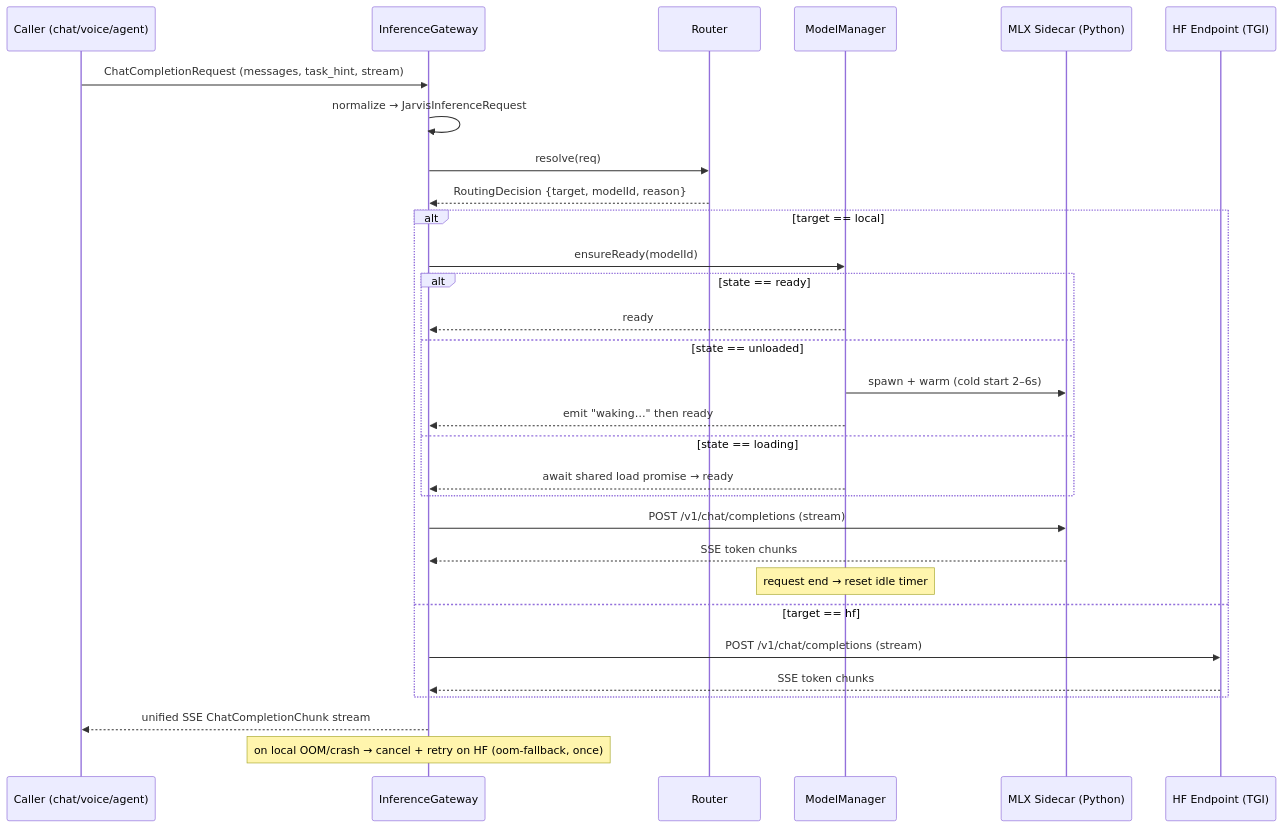
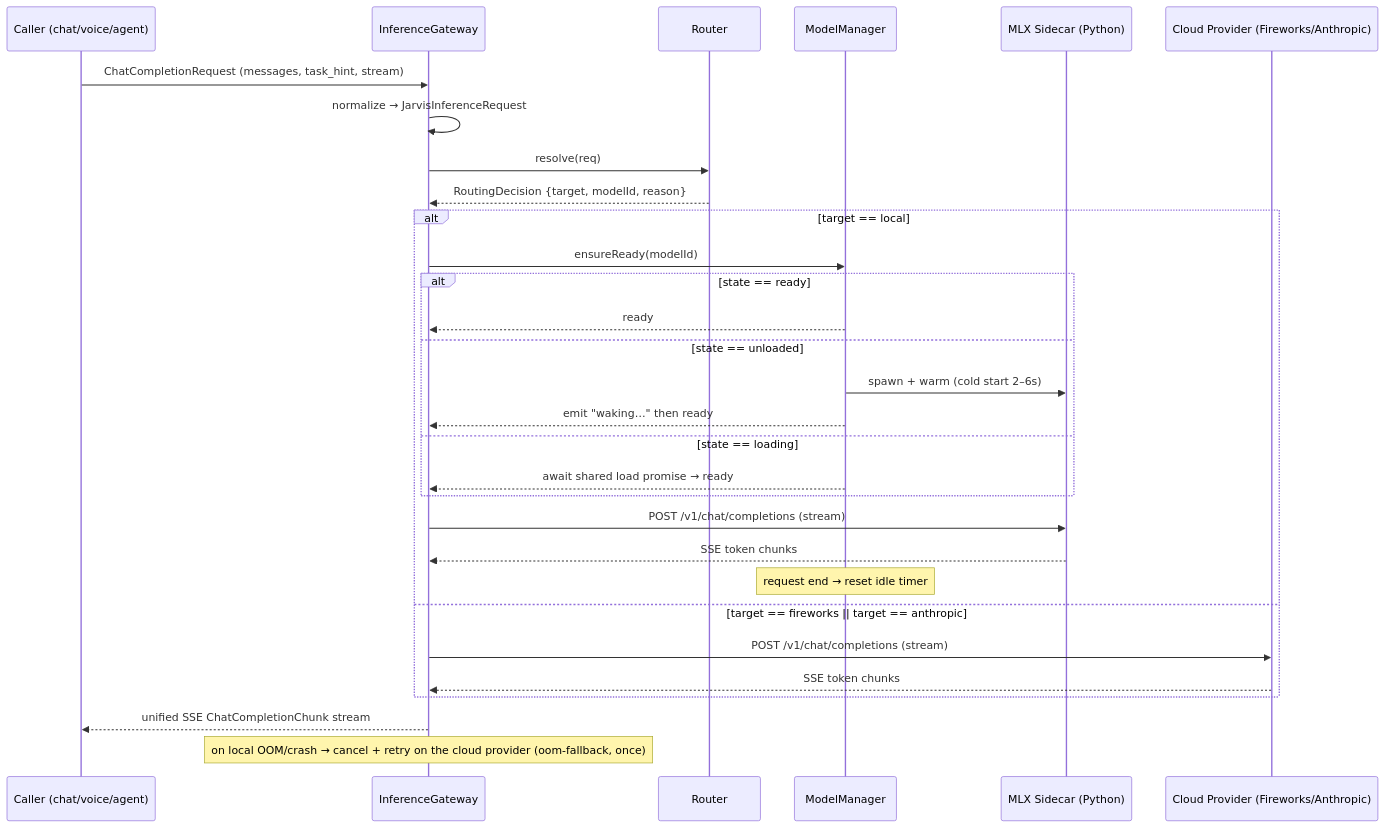
The second of 2 diagrams in features/1-local-qwen-inference-core.md (Anirudh-Sridharan/Jarvis), drawn with Mermaid before and after one commit. The commit also changed other lines of this file and 6 other files, not shown here.

````diff
--- a/features/1-local-qwen-inference-core.md
+++ b/features/1-local-qwen-inference-core.md
@@ -119,35 +120,35 @@
 ```mermaid
 sequenceDiagram
     participant C as Caller (chat/voice/agent)
     participant G as InferenceGateway
     participant R as Router
     participant M as ModelManager
     participant S as MLX Sidecar (Python)
-    participant H as HF Endpoint (TGI)
+    participant H as Cloud Provider (Fireworks/Anthropic)
 
     C->>G: ChatCompletionRequest (messages, task_hint, stream)
     G->>G: normalize → JarvisInferenceRequest
     G->>R: resolve(req)
     R-->>G: RoutingDecision {target, modelId, reason}
 
     alt target == local
         G->>M: ensureReady(modelId)
         alt state == ready
             M-->>G: ready
         else state == unloaded
             M->>S: spawn + warm (cold start 2–6s)
             M-->>G: emit "waking…" then ready
         else state == loading
             M-->>G: await shared load promise → ready
         end
         G->>S: POST /v1/chat/completions (stream)
         S-->>G: SSE token chunks
         Note over M: request end → reset idle timer
-    else target == hf
+    else target == fireworks || target == anthropic
         G->>H: POST /v1/chat/completions (stream)
         H-->>G: SSE token chunks
     end
 
     G-->>C: unified SSE ChatCompletionChunk stream
-    Note over G: on local OOM/crash → cancel + retry on HF (oom-fallback, once)
+    Note over G: on local OOM/crash → cancel + retry on the cloud provider (oom-fallback, once)
 ```
````
